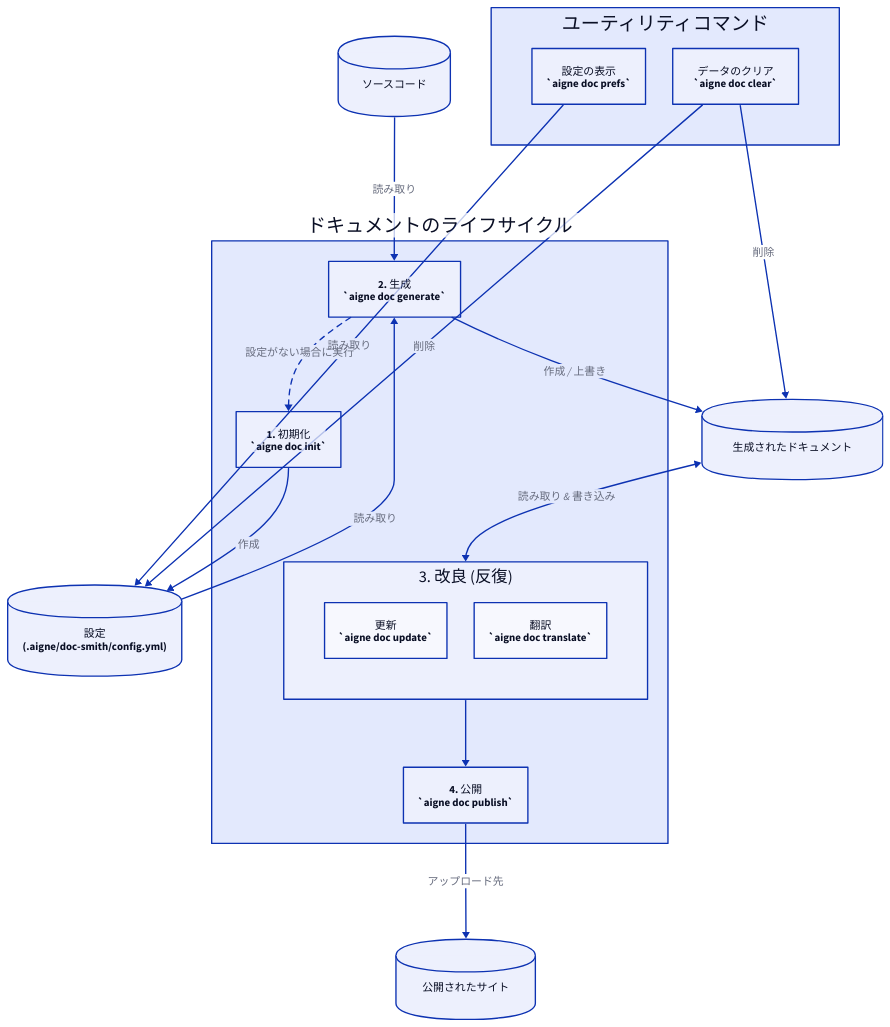
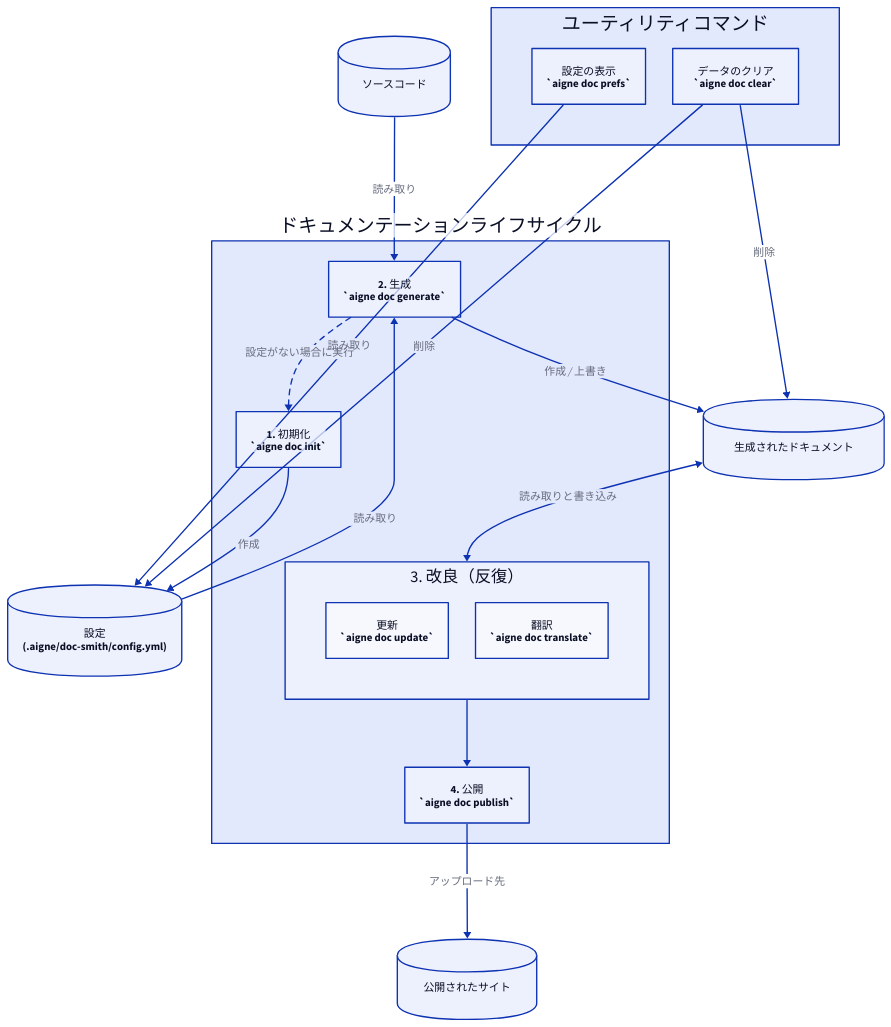
One commit to AIGNE-io/aigne-doc-smith changed the diagram in docs/cli-reference.ja.md. Above: the diagram before and after it, drawn with D2. The commit also changed other lines of this file and 3 other files, not shown here.

```diff
--- a/docs/cli-reference.ja.md
+++ b/docs/cli-reference.ja.md
@@ -35,7 +35,7 @@
 
 # --- Core Workflow ---
 Lifecycle: {
-  label: "ドキュメントのライフサイクル"
+  label: "ドキュメンテーションライフサイクル"
   
   init: {
     label: "1. 初期化\n`aigne doc init`"
@@ -48,7 +48,7 @@
   }
 
   Refinement: {
-    label: "3. 改良 (反復)"
+    label: "3. 改良（反復）"
     grid-columns: 2
 
     update: {
@@ -96,7 +96,7 @@
 }
 
 # Refinement Loop
-Generated-Docs <-> Lifecycle.Refinement: "読み取り & 書き込み"
+Generated-Docs <-> Lifecycle.Refinement: "読み取りと書き込み"
 
 # Publishing
 Lifecycle.Refinement -> Lifecycle.publish
```
